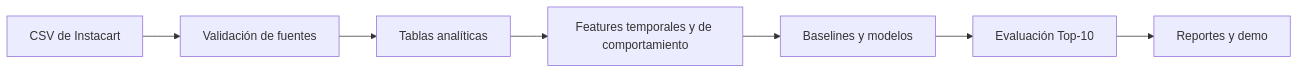
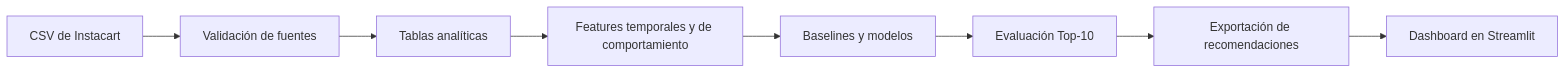
Before and after one commit to Diiimas/instacart-recommender: the diagram in README.md, drawn with Mermaid. The commit also changed other lines of this file, not shown here.

Commit message:
docs: actualizar README con demo y CI

````diff
--- a/README.md
+++ b/README.md
@@ -78,9 +121,10 @@
 ```mermaid
 flowchart LR
     A[CSV de Instacart] --> B[Validación de fuentes]
     B --> C[Tablas analíticas]
     C --> D[Features temporales y de comportamiento]
     D --> E[Baselines y modelos]
     E --> F[Evaluación Top-10]
-    F --> G[Reportes y demo]
+    F --> G[Exportación de recomendaciones]
+    G --> H[Dashboard en Streamlit]
 ```
````
